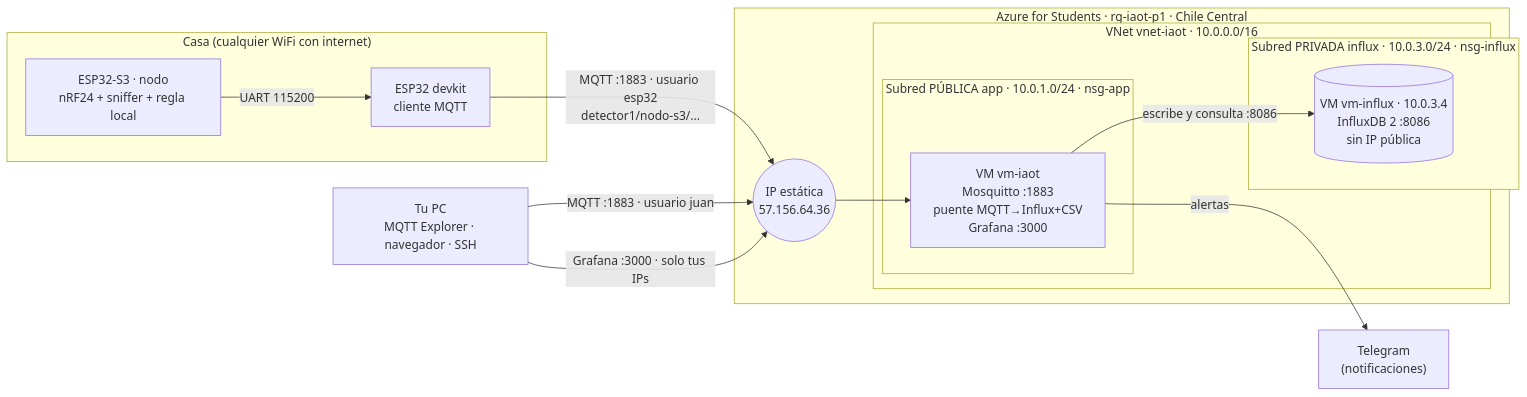
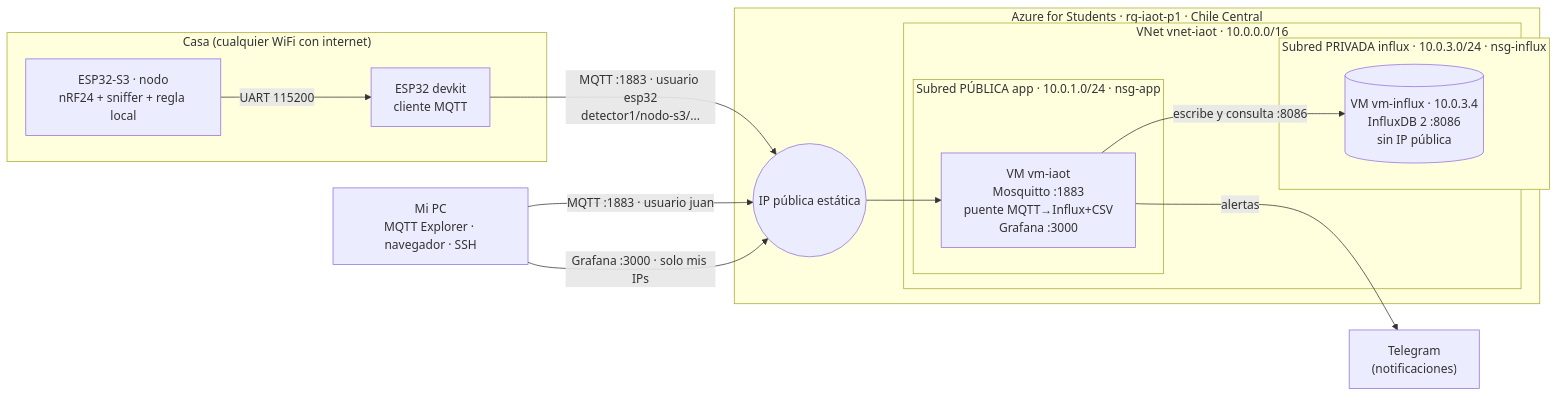
One commit to JCMelendezT/IAoT changed the diagram in practica-2/arquitectura.md. Above: the diagram before and after it, drawn with Mermaid. The commit also changed other lines of this file and 110 other files, not shown here.

````diff
--- a/practica-2/arquitectura.md
+++ b/practica-2/arquitectura.md
@@ -7,27 +7,27 @@
 ```mermaid
 flowchart LR
     subgraph casa["Casa (cualquier WiFi con internet)"]
         s3["ESP32-S3 · nodo<br/>nRF24 + sniffer + regla local"] -- "UART 115200" --> dk["ESP32 devkit<br/>cliente MQTT"]
     end
-    yo["Tu PC<br/>MQTT Explorer · navegador · SSH"]
+    yo["Mi PC<br/>MQTT Explorer · navegador · SSH"]
     tg["Telegram<br/>(notificaciones)"]
 
     subgraph azure["Azure for Students · rg-iaot-p1 · Chile Central"]
-        ip(("IP estática<br/>57.156.64.36"))
+        ip(("IP pública estática"))
         subgraph vnet["VNet vnet-iaot · 10.0.0.0/16"]
             subgraph app["Subred PÚBLICA app · 10.0.1.0/24 · nsg-app"]
                 vm["VM vm-iaot<br/>Mosquitto :1883<br/>puente MQTT→Influx+CSV<br/>Grafana :3000"]
             end
             subgraph inf["Subred PRIVADA influx · 10.0.3.0/24 · nsg-influx"]
                 influx[("VM vm-influx · 10.0.3.4<br/>InfluxDB 2 :8086<br/>sin IP pública")]
             end
         end
     end
 
     dk -- "MQTT :1883 · usuario esp32<br/>detector1/nodo-s3/..." --> ip
     yo -- "MQTT :1883 · usuario juan" --> ip
-    yo -- "Grafana :3000 · solo tus IPs" --> ip
+    yo -- "Grafana :3000 · solo mis IPs" --> ip
     ip --> vm
     vm -- "escribe y consulta :8086" --> influx
     vm -- "alertas" --> tg
 ```
````
